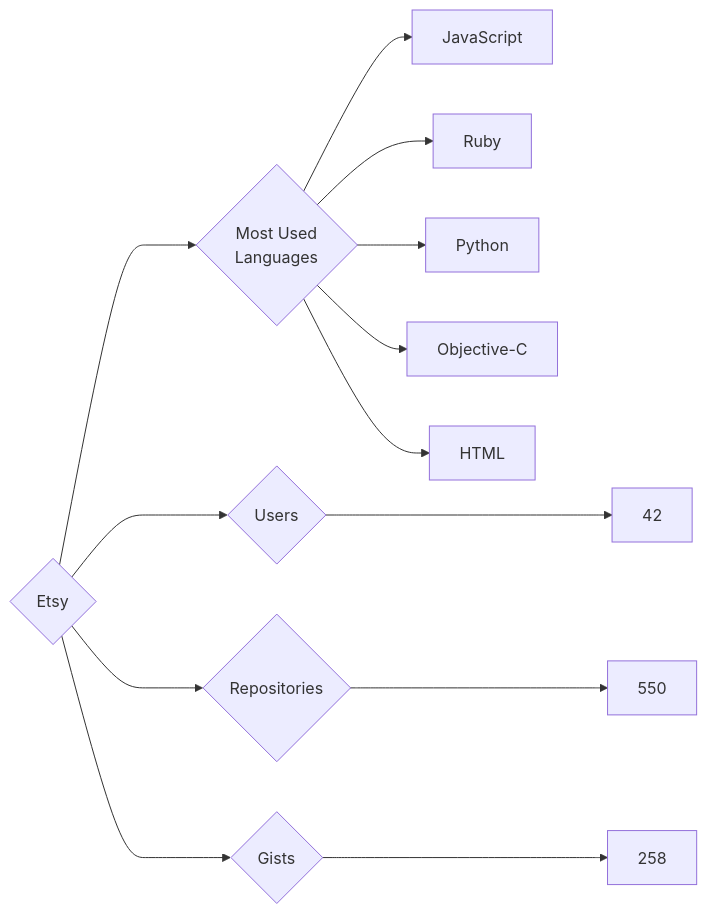
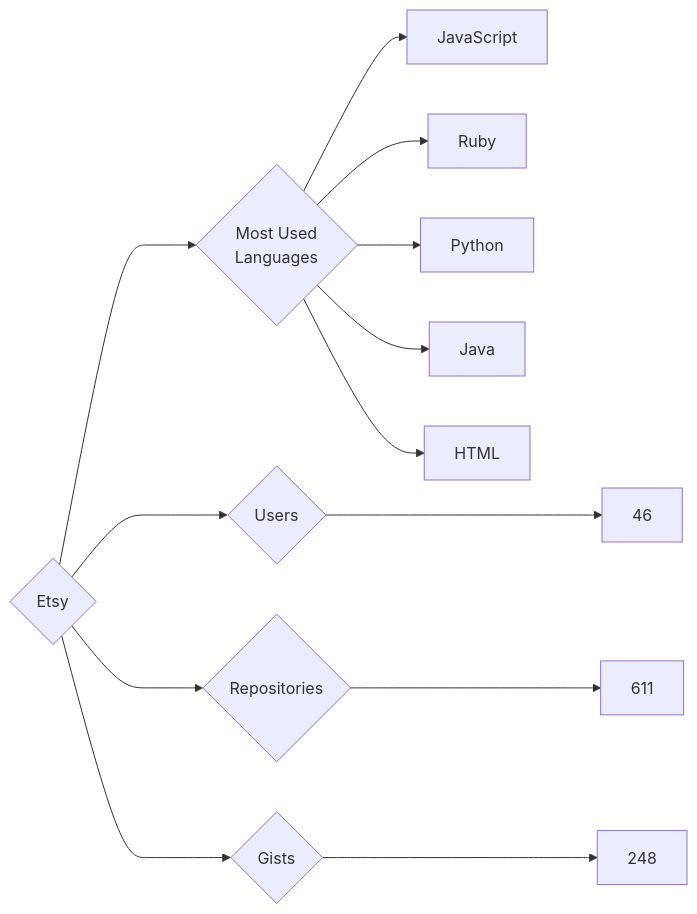
One commit to trickest/insiders changed the diagram in targets/Etsy/README.md. Above: the diagram before and after it, drawn with Mermaid. The commit also changed 914 other files, not shown here.

````diff
--- a/targets/Etsy/README.md
+++ b/targets/Etsy/README.md
@@ -3,13 +3,13 @@
 ```mermaid
 graph LR
 COMPANY_NAME{Etsy}
-COMPANY_NAME ---> U{Users} ---> UN[42]
-COMPANY_NAME ---> R{Repositories} ---> RN[550]
-COMPANY_NAME ---> G{Gists} ---> GN[258]
+COMPANY_NAME ---> U{Users} ---> UN[46]
+COMPANY_NAME ---> R{Repositories} ---> RN[611]
+COMPANY_NAME ---> G{Gists} ---> GN[248]
 COMPANY_NAME ---> ML{Most Used<br>Languages}
 ML --> JavaScript[JavaScript]
 ML --> Ruby[Ruby]
 ML --> Python[Python]
-ML --> Objective-C[Objective-C]
+ML --> Java[Java]
 ML --> HTML[HTML]
 ```
````
